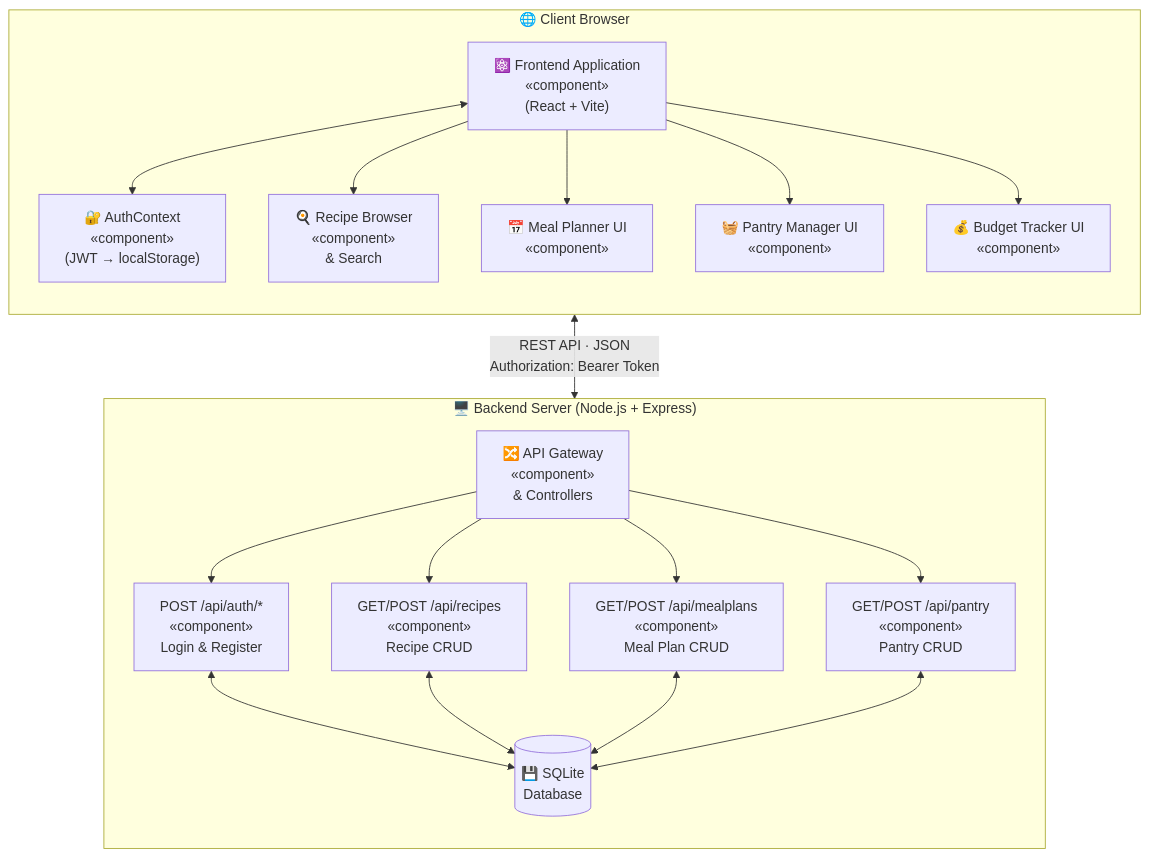
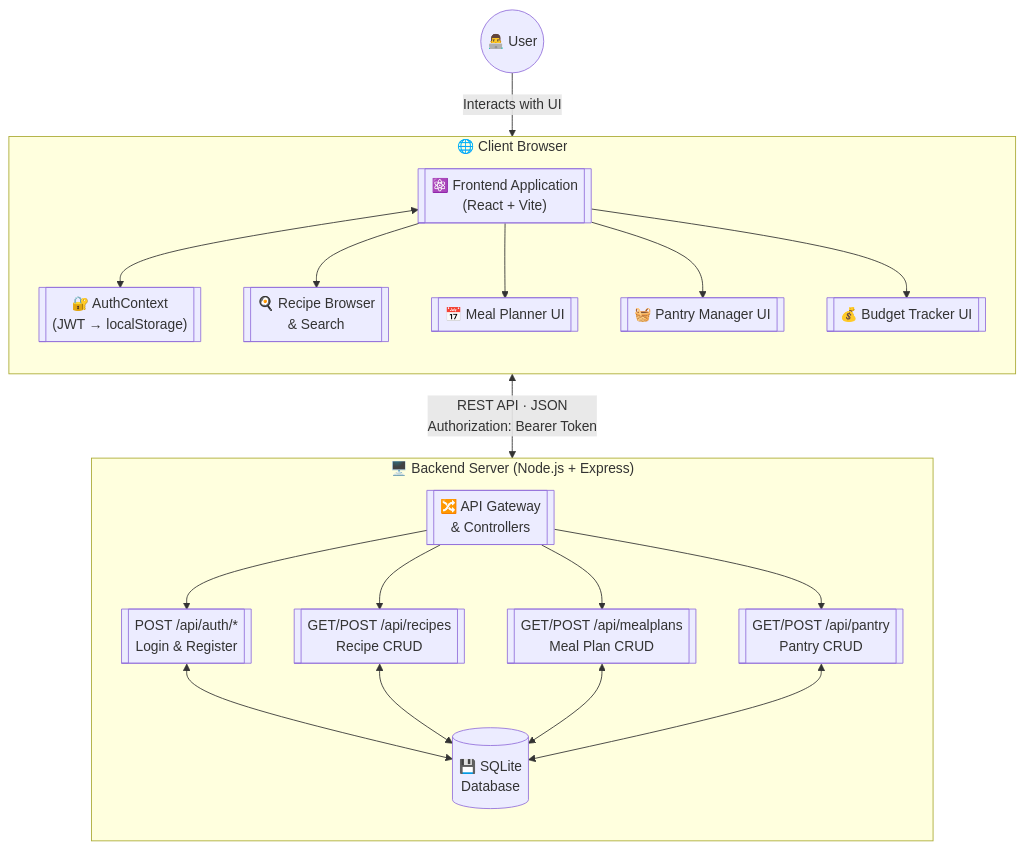
One commit to Amourous/MealMate changed the second of 4 diagrams in docs/UML_DIAGRAMS.md. Above: the diagram before and after it, drawn with Mermaid.

Commit message:
docs: update component diagram to strict UML standard with proper shape and actor

````diff
--- a/docs/UML_DIAGRAMS.md
+++ b/docs/UML_DIAGRAMS.md
@@ -50,37 +50,42 @@
 ```mermaid
-graph TD
+flowchart TD
+    %% Define User Actor (using fontawesome for stick figure if needed, but in standard flowchart we use default nodes. 
+    %% Actually, for standard UML Component Diagrams, an external user/actor is often shown as a simple node or stick figure.
+    User(("👨‍💻 User"))
+
     subgraph Browser["🌐 Client Browser"]
         direction TB
-        FE["⚛️ Frontend Application\n«component»\n(React + Vite)"]
-        Auth["🔐 AuthContext\n«component»\n(JWT → localStorage)"]
-        RecipeUI["🍳 Recipe Browser\n«component»\n& Search"]
-        MealPlanUI["📅 Meal Planner UI\n«component»"]
-        PantryUI["🧺 Pantry Manager UI\n«component»"]
-        BudgetUI["💰 Budget Tracker UI\n«component»"]
+        FE[["⚛️ Frontend Application\n(React + Vite)"]]
+        Auth[["🔐 AuthContext\n(JWT → localStorage)"]]
+        RecipeUI[["🍳 Recipe Browser\n& Search"]]
+        MealPlanUI[["📅 Meal Planner UI"]]
+        PantryUI[["🧺 Pantry Manager UI"]]
+        BudgetUI[["💰 Budget Tracker UI"]]
         FE <--> Auth
         FE --> RecipeUI
         FE --> MealPlanUI
         FE --> PantryUI
         FE --> BudgetUI
     end
 
     subgraph Server["🖥️ Backend Server (Node.js + Express)"]
         direction TB
-        BE["🔀 API Gateway\n«component»\n& Controllers"]
-        AuthAPI["POST /api/auth/*\n«component»\nLogin & Register"]
-        RecipeAPI["GET/POST /api/recipes\n«component»\nRecipe CRUD"]
-        MealAPI["GET/POST /api/mealplans\n«component»\nMeal Plan CRUD"]
-        PantryAPI["GET/POST /api/pantry\n«component»\nPantry CRUD"]
+        BE[["🔀 API Gateway\n& Controllers"]]
+        AuthAPI[["POST /api/auth/*\nLogin & Register"]]
+        RecipeAPI[["GET/POST /api/recipes\nRecipe CRUD"]]
+        MealAPI[["GET/POST /api/mealplans\nMeal Plan CRUD"]]
+        PantryAPI[["GET/POST /api/pantry\nPantry CRUD"]]
         DB[("💾 SQLite\nDatabase")]
         BE --> AuthAPI
         BE --> RecipeAPI
         BE --> MealAPI
         BE --> PantryAPI
         AuthAPI <--> DB
         RecipeAPI <--> DB
         MealAPI <--> DB
         PantryAPI <--> DB
     end
 
+    User -->|"Interacts with UI"| FE
     FE <-->|"REST API · JSON\nAuthorization: Bearer Token"| BE
 ```
````
